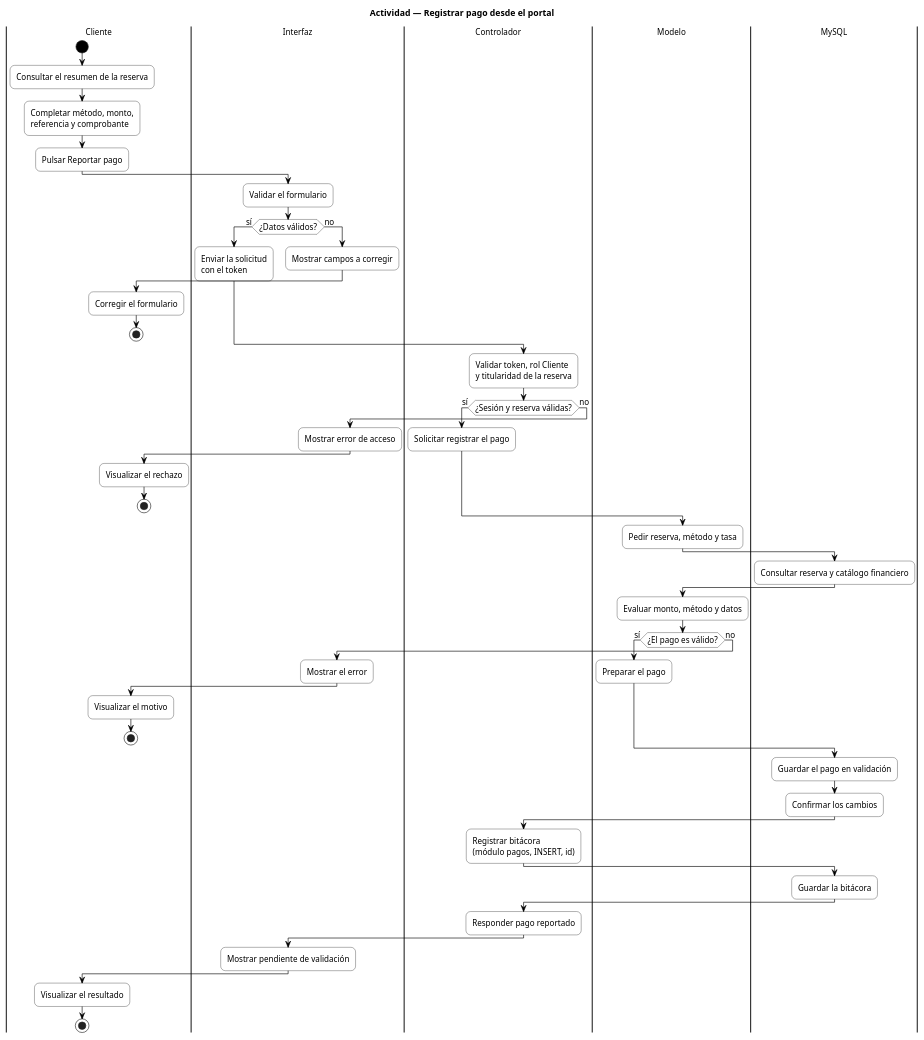
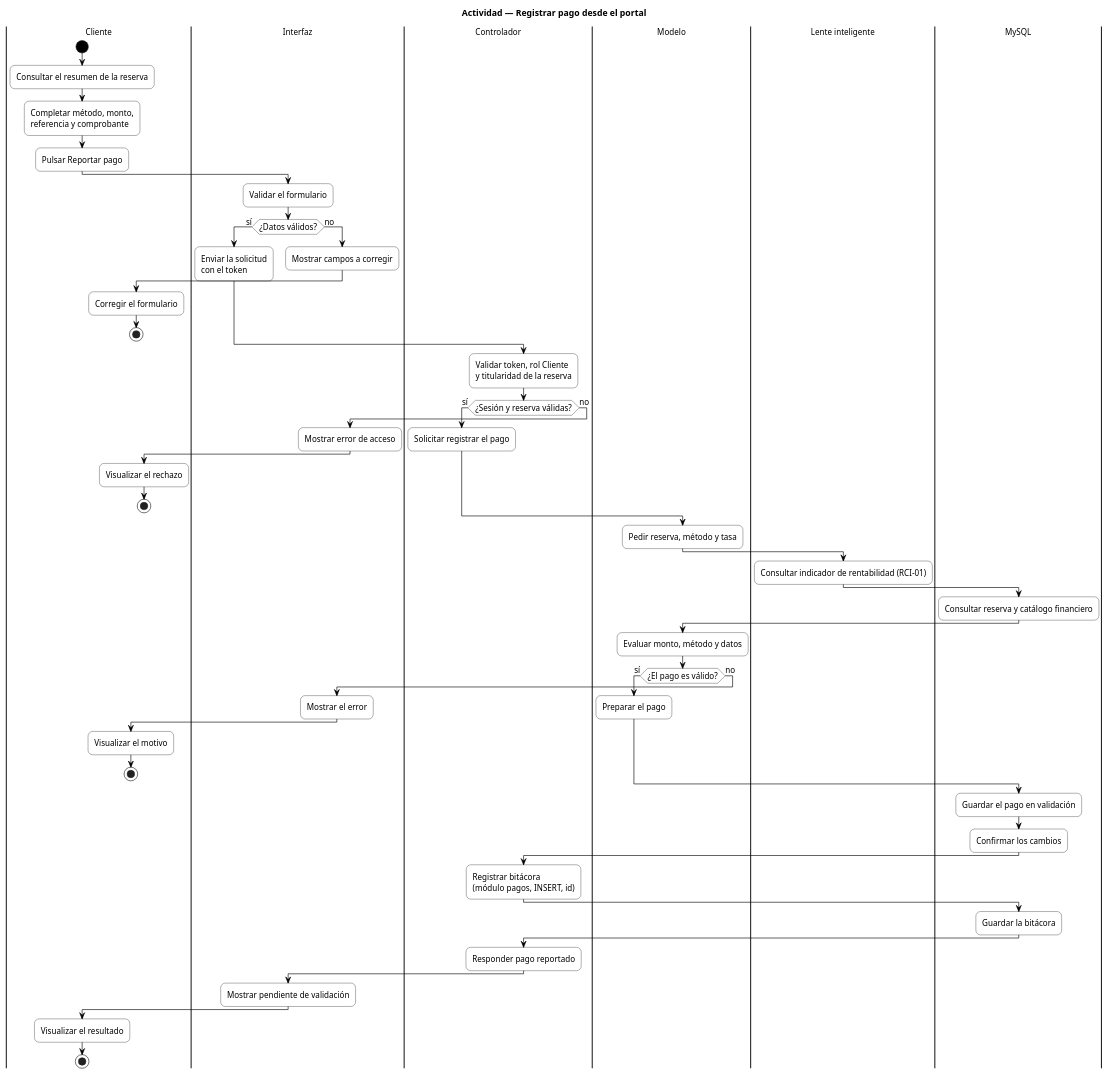
The diagram in docs/ENTREGA_DOCUMENTAL/diagramas/puml/carriles/PAGO_REGISTRAR.puml (gioser1107/SIGEL), drawn with PlantUML before and after one commit. The commit also changed 209 other files, not shown here.

```diff
--- a/docs/ENTREGA_DOCUMENTAL/diagramas/puml/carriles/PAGO_REGISTRAR.puml
+++ b/docs/ENTREGA_DOCUMENTAL/diagramas/puml/carriles/PAGO_REGISTRAR.puml
@@ -1,92 +1,95 @@
 @startuml
 title Actividad — Registrar pago desde el portal
 
 skinparam backgroundColor #FFFFFF
 skinparam shadowing false
 skinparam defaultFontName Helvetica
 skinparam defaultFontSize 13
 skinparam roundcorner 15
 skinparam activity {
   BackgroundColor white
   BorderColor black
   DiamondBackgroundColor white
   DiamondBorderColor black
   StartColor black
   EndColor black
   ArrowColor black
   FontColor black
 }
 skinparam partition {
   BorderColor black
   FontColor black
   BackgroundColor white
   FontStyle bold
 }
 
 |Cliente|
 start
 :Consultar el resumen de la reserva;
 :Completar método, monto,\nreferencia y comprobante;
 :Pulsar Reportar pago;
 
 |Interfaz|
 :Validar el formulario;
 if (¿Datos válidos?) then (sí)
   :Enviar la solicitud\ncon el token;
 else (no)
   :Mostrar campos a corregir;
   |Cliente|
   :Corregir el formulario;
   stop
 endif
 
 |Controlador|
 :Validar token, rol Cliente\ny titularidad de la reserva;
 if (¿Sesión y reserva válidas?) then (sí)
   :Solicitar registrar el pago;
 else (no)
   |Interfaz|
   :Mostrar error de acceso;
   |Cliente|
   :Visualizar el rechazo;
   stop
 endif
 
 |Modelo|
 :Pedir reserva, método y tasa;
 
+|Lente inteligente|
+:Consultar indicador de rentabilidad (RCI-01);
+
 |MySQL|
 :Consultar reserva y catálogo financiero;
 
 |Modelo|
 :Evaluar monto, método y datos;
 if (¿El pago es válido?) then (sí)
   :Preparar el pago;
 else (no)
   |Interfaz|
   :Mostrar el error;
   |Cliente|
   :Visualizar el motivo;
   stop
 endif
 
 |MySQL|
 :Guardar el pago en validación;
 :Confirmar los cambios;
 
 |Controlador|
 :Registrar bitácora\n(módulo pagos, INSERT, id);
 
 |MySQL|
 :Guardar la bitácora;
 
 |Controlador|
 :Responder pago reportado;
 
 |Interfaz|
 :Mostrar pendiente de validación;
 
 |Cliente|
 :Visualizar el resultado;
 stop
 @enduml
```
